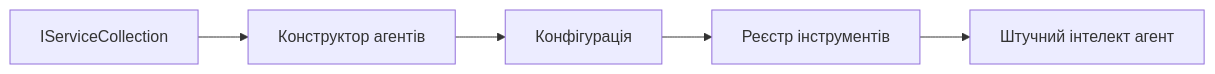
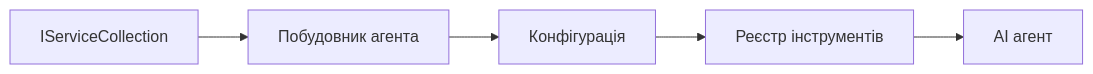
One commit to venturemavenwill/azureaifundamentals changed the diagram in translations/uk/03-agentic-design-patterns/code_samples/03-dotnet-agent-framework.md. Above: the diagram before and after it, drawn with Mermaid. The commit also changed other lines of this file and 2002 other files, not shown here.

````diff
--- a/translations/uk/03-agentic-design-patterns/code_samples/03-dotnet-agent-framework.md
+++ b/translations/uk/03-agentic-design-patterns/code_samples/03-dotnet-agent-framework.md
@@ -41,7 +41,7 @@
 ```mermaid
 graph LR
-    A[IServiceCollection] --> B[Конструктор агентів]
+    A[IServiceCollection] --> B[Побудовник агента]
     B --> C[Конфігурація]
     C --> D[Реєстр інструментів]
-    D --> E[Штучний інтелект агент]
+    D --> E[AI агент]
 ```
````
